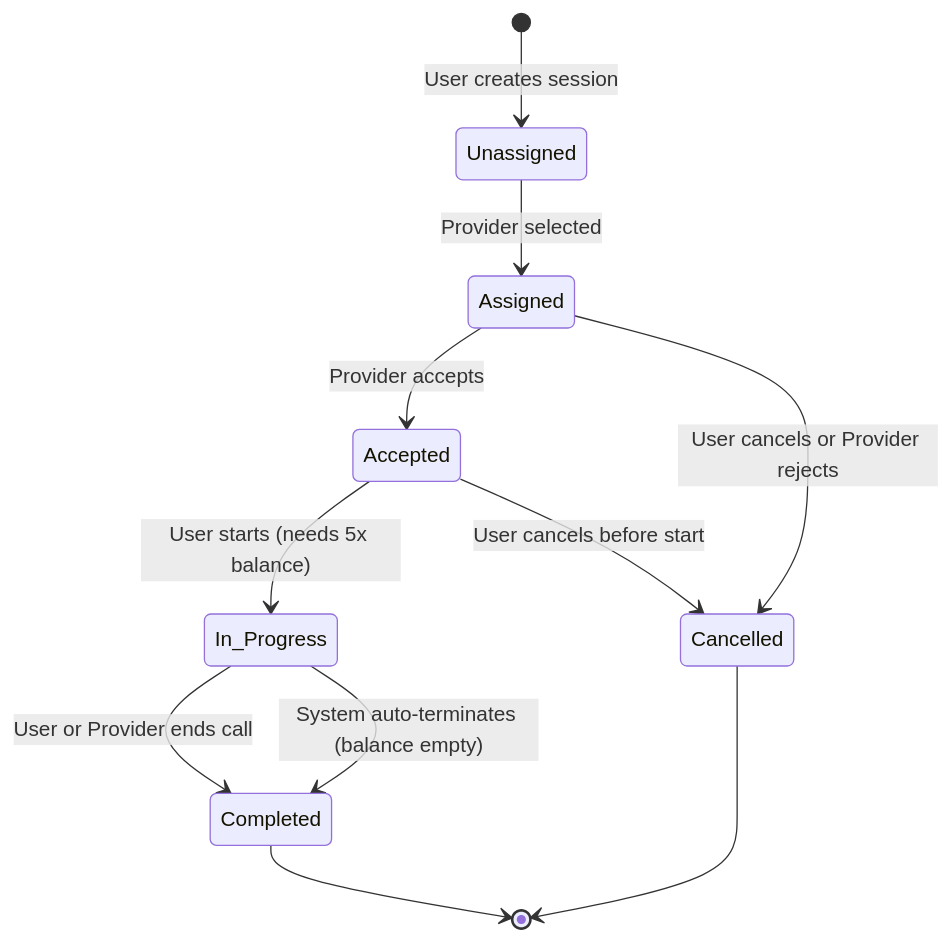
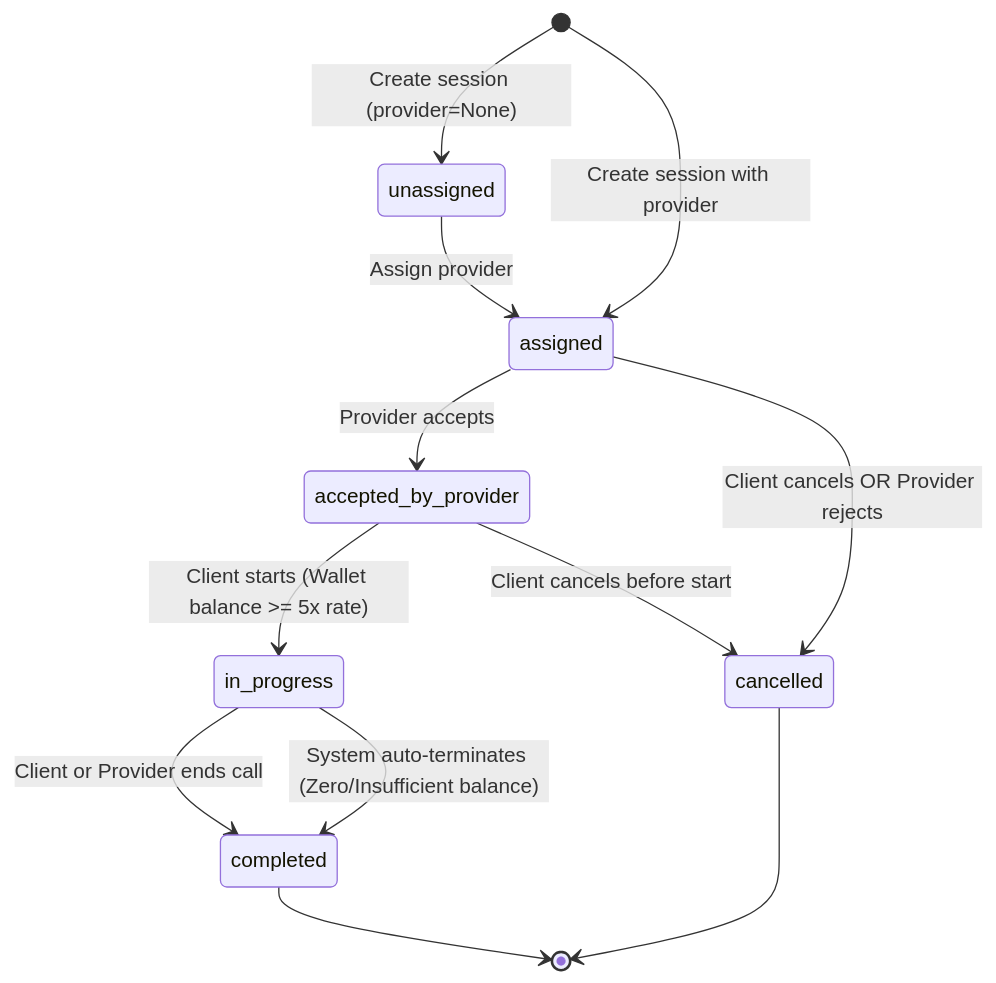
The diagram in README.md (Jagveer-chauhan/astrokarma-wallet-billing), drawn with Mermaid before and after one commit. The commit also changed other lines of this file and 4 other files, not shown here.

Commit message:
Add ER diagrams, update README documentation and postman collection

````diff
--- a/README.md
+++ b/README.md
@@ -46,13 +77,14 @@
 ```mermaid
 stateDiagram-v2
-    [*] --> Unassigned : User creates session
-    Unassigned --> Assigned : Provider selected
-    Assigned --> Accepted : Provider accepts
-    Assigned --> Cancelled : User cancels or Provider rejects
-    Accepted --> In_Progress : User starts (needs 5x balance)
-    Accepted --> Cancelled : User cancels before start
-    In_Progress --> Completed : User or Provider ends call
-    In_Progress --> Completed : System auto-terminates (balance empty)
-    Completed --> [*]
-    Cancelled --> [*]
+    [*] --> unassigned : Create session (provider=None)
+    [*] --> assigned : Create session with provider
+    unassigned --> assigned : Assign provider
+    assigned --> accepted_by_provider : Provider accepts
+    assigned --> cancelled : Client cancels OR Provider rejects
+    accepted_by_provider --> in_progress : Client starts (Wallet balance >= 5x rate)
+    accepted_by_provider --> cancelled : Client cancels before start
+    in_progress --> completed : Client or Provider ends call
+    in_progress --> completed : System auto-terminates (Zero/Insufficient balance)
+    completed --> [*]
+    cancelled --> [*]
 ```
````
